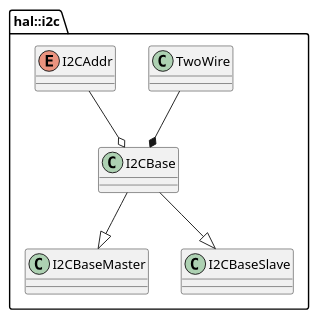
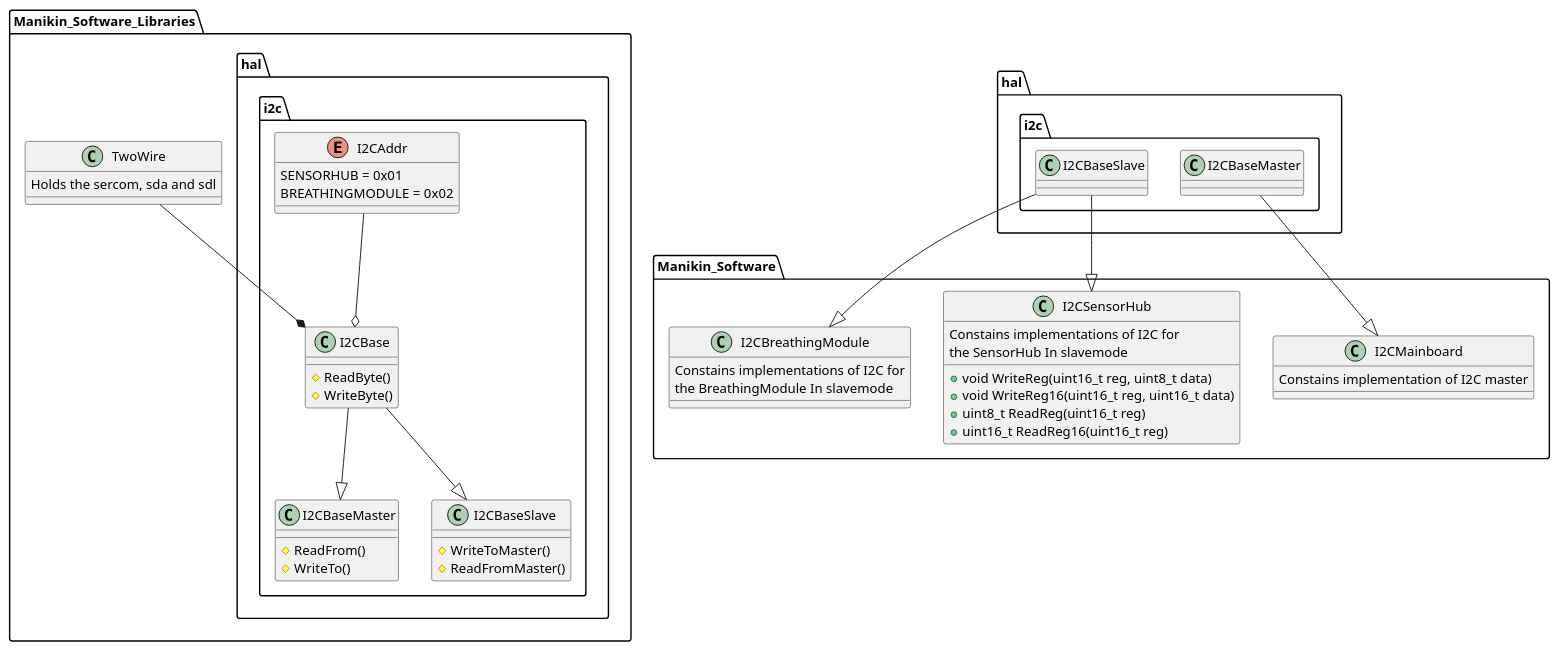
Before and after one commit to RobotPatient/Manikin_Software_Libraries: the diagram in modules/hal_i2c/docs/ClassDiagram.puml, drawn with PlantUML. The commit also changed 3 other files, not shown here.

Commit message:
-wip I2C -enh classdiagram

```diff
--- a/modules/hal_i2c/docs/ClassDiagram.puml
+++ b/modules/hal_i2c/docs/ClassDiagram.puml
@@ -1,25 +1,62 @@
 @startuml I2C
 
-namespace hal::i2c {
-    class TwoWire
-    class I2CBase{
+set separator ::
 
+package Manikin_Software_Libraries {
+    class TwoWire {
+        Holds the sercom, sda and sdl
+    }
+    namespace hal::i2c {
+        class I2CBase{
+            #ReadByte()
+            #WriteByte()
+        }
+
+        class I2CBaseMaster{
+            #ReadFrom()
+            #WriteTo()
+        }
+
+        class I2CBaseSlave{
+            #WriteToMaster()
+            #ReadFromMaster()
+        }
+
+        enum I2CAddr {
+            SENSORHUB = 0x01
+            BREATHINGMODULE = 0x02
+        }
+
+        I2CAddr --o I2CBase
+        I2CBase --|> I2CBaseSlave
+        I2CBase --|> I2CBaseMaster
+    }
+    
+    TwoWire --* hal::i2c::I2CBase
+}
+    
+package Manikin_Software {
+    class I2CMainboard {
+        Constains implementation of I2C master
     }
 
-    class I2CBaseMaster{
-
+    class I2CSensorHub {
+        Constains implementations of I2C for
+        the SensorHub In slavemode
+        +void WriteReg(uint16_t reg, uint8_t data)
+        +void WriteReg16(uint16_t reg, uint16_t data)
+        +uint8_t ReadReg(uint16_t reg)
+        +uint16_t ReadReg16(uint16_t reg)
     }
 
-    class I2CBaseSlave{
-
+    class I2CBreathingModule {
+        Constains implementations of I2C for
+        the BreathingModule In slavemode
     }
-
-    enum I2CAddr
-
-    I2CAddr --o I2CBase
-    I2CBase --|> I2CBaseSlave
-    I2CBase --|> I2CBaseMaster
-    TwoWire --* I2CBase
 }
 
+hal::i2c::I2CBaseMaster --|> I2CMainboard
+hal::i2c::I2CBaseSlave --|> I2CSensorHub
+hal::i2c::I2CBaseSlave --|> I2CBreathingModule
+
 @enduml
```
